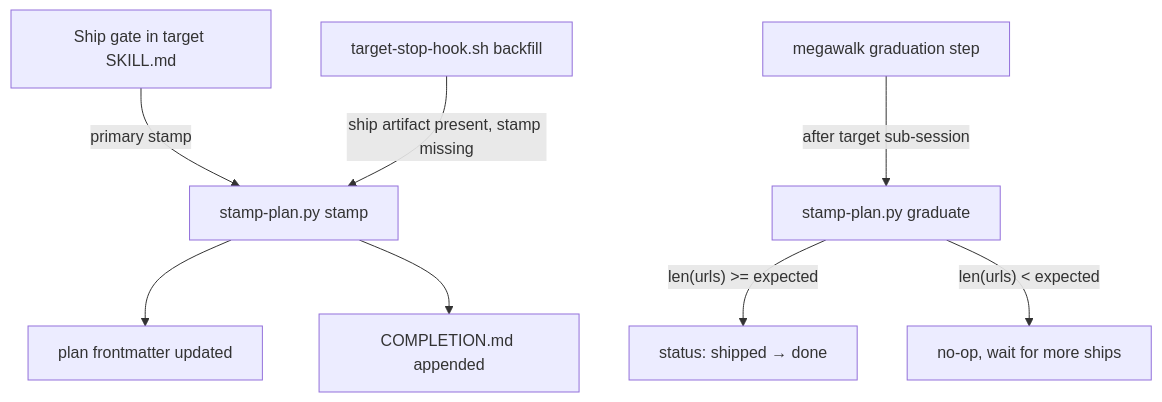
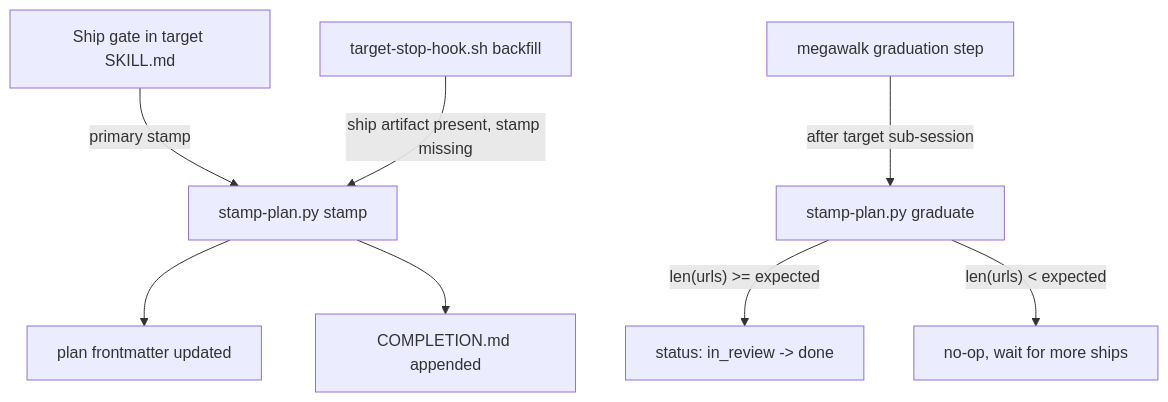
The diagram in docs/architecture/plan-completion-stamp.md (bllshttng/footnote), drawn with Mermaid before and after one commit. The commit also changed other lines of this file and 5 other files, not shown here.

````diff
--- a/docs/architecture/plan-completion-stamp.md
+++ b/docs/architecture/plan-completion-stamp.md
@@ -71,12 +71,12 @@
 ```mermaid
 flowchart TD
     SHIP[Ship gate in target SKILL.md] -->|primary stamp| SP[stamp-plan.py stamp]
     SP --> FM[plan frontmatter updated]
     SP --> CM[COMPLETION.md appended]
 
     MEGA[megawalk graduation step] -->|after target sub-session| GRAD[stamp-plan.py graduate]
-    GRAD -->|"len(urls) >= expected"| DONE[status: shipped → done]
+    GRAD -->|"len(urls) >= expected"| DONE[status: in_review -> done]
     GRAD -->|"len(urls) < expected"| NOOP[no-op, wait for more ships]
 
     HOOK[target-stop-hook.sh backfill] -->|ship artifact present, stamp missing| SP
 ```
````
